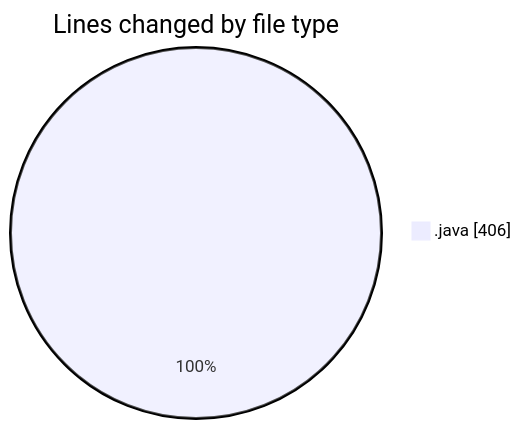
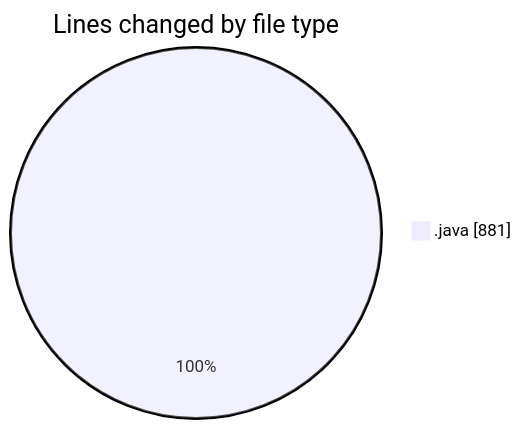
Before and after one commit to Elitesun/code-tracking: the first of 2 diagrams in 2025-02-21/projet/README.md, drawn with Mermaid. The commit also changed other lines of this file and 1 other file, not shown here.

````diff
--- a/2025-02-21/projet/README.md
+++ b/2025-02-21/projet/README.md
@@ -24,5 +26,5 @@
 ```mermaid
 pie showData
 title Lines changed by file type
-".java" : 406
+".java" : 881
 ```
````
